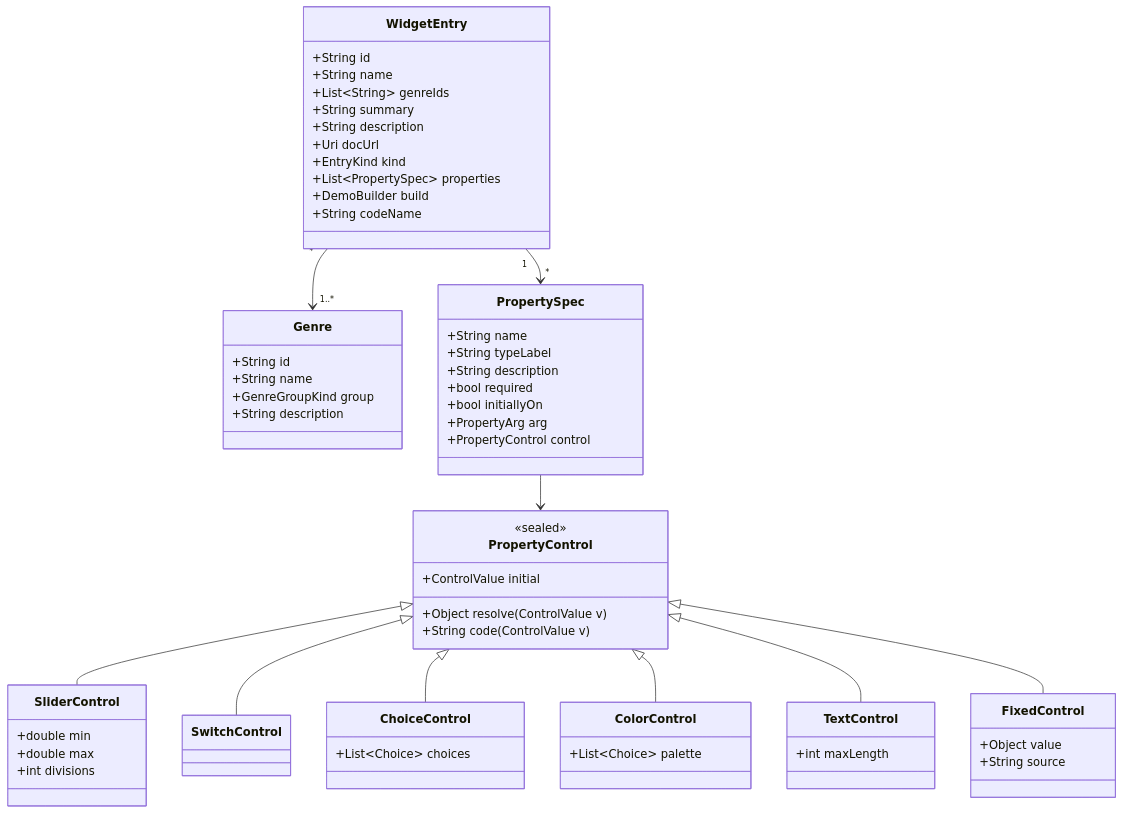
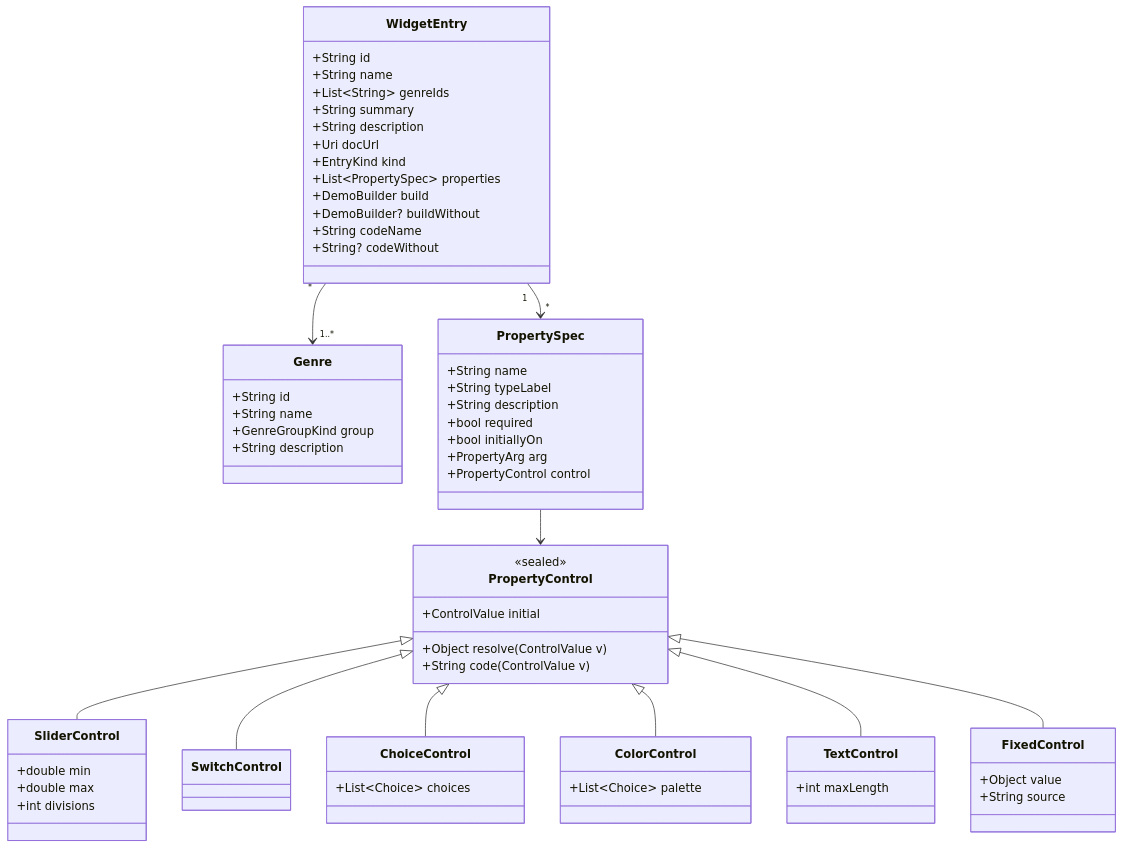
The first of 6 diagrams in docs/design/functions/demo-engine.md (masa-futa/widget-lab), drawn with Mermaid before and after one commit. The commit also changed other lines of this file and 4 other files, not shown here.

````diff
--- a/docs/design/functions/demo-engine.md
+++ b/docs/design/functions/demo-engine.md
@@ -23,64 +23,66 @@
 ```mermaid
 classDiagram
     class Genre {
         +String id
         +String name
         +GenreGroupKind group
         +String description
     }
     class WidgetEntry {
         +String id
         +String name
         +List~String~ genreIds
         +String summary
         +String description
         +Uri docUrl
         +EntryKind kind
         +List~PropertySpec~ properties
         +DemoBuilder build
+        +DemoBuilder? buildWithout
         +String codeName
+        +String? codeWithout
     }
     class PropertySpec {
         +String name
         +String typeLabel
         +String description
         +bool required
         +bool initiallyOn
         +PropertyArg arg
         +PropertyControl control
     }
     class PropertyControl {
         <<sealed>>
         +ControlValue initial
         +Object resolve(ControlValue v)
         +String code(ControlValue v)
     }
     class SliderControl {
         +double min
         +double max
         +int divisions
     }
     class SwitchControl
     class ChoiceControl {
         +List~Choice~ choices
     }
     class ColorControl {
         +List~Choice~ palette
     }
     class TextControl {
         +int maxLength
     }
     class FixedControl {
         +Object value
         +String source
     }
     WidgetEntry "1" --> "*" PropertySpec
     WidgetEntry "*" --> "1..*" Genre
     PropertySpec --> PropertyControl
     PropertyControl <|-- SliderControl
     PropertyControl <|-- SwitchControl
     PropertyControl <|-- ChoiceControl
     PropertyControl <|-- ColorControl
     PropertyControl <|-- TextControl
     PropertyControl <|-- FixedControl
 ```
````
